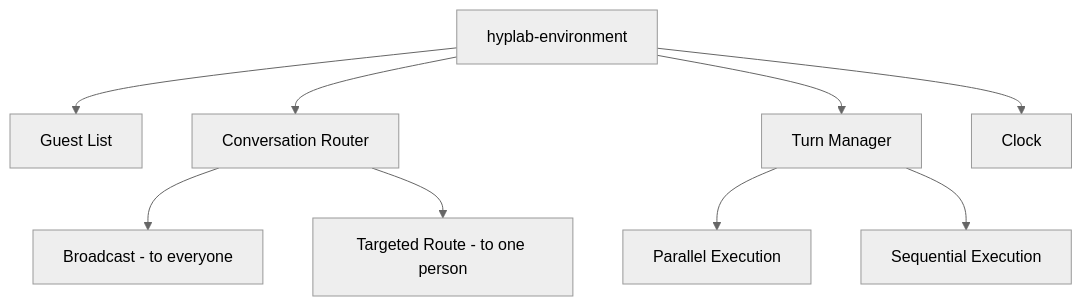
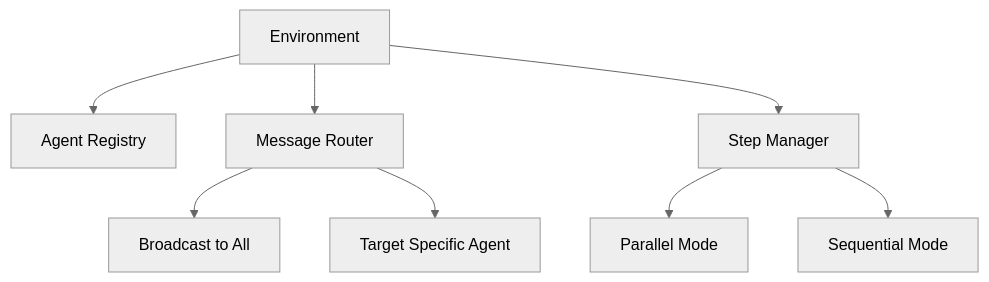
The seventh of 16 diagrams in books/ai-simulation.md (Param-Harrison/ebook-writer), drawn with Mermaid (neutral theme) before and after one commit. The commit also changed other lines of this file and 35 other files, not shown here.

````diff
--- a/books/ai-simulation.md
+++ b/books/ai-simulation.md
@@ -335,13 +342,11 @@
 ```mermaid
-graph TB
-    A[hyplab-environment] --> B[Guest List]
-    A --> C[Conversation Router]
-    A --> D[Turn Manager]
-    A --> E[Clock]
+flowchart TB
+    Env[Environment] --> Registry[Agent Registry]
+    Env --> Router[Message Router]
+    Env --> Manager[Step Manager]
     
-    C --> C1[Broadcast - to everyone]
-    C --> C2[Targeted Route - to one person]
-    
-    D --> D1[Parallel Execution]
-    D --> D2[Sequential Execution]
+    Router --> Broadcast[Broadcast to All]
+    Router --> Target[Target Specific Agent]
+    Manager --> Parallel[Parallel Mode]
+    Manager --> Sequential[Sequential Mode]
 ```
````
